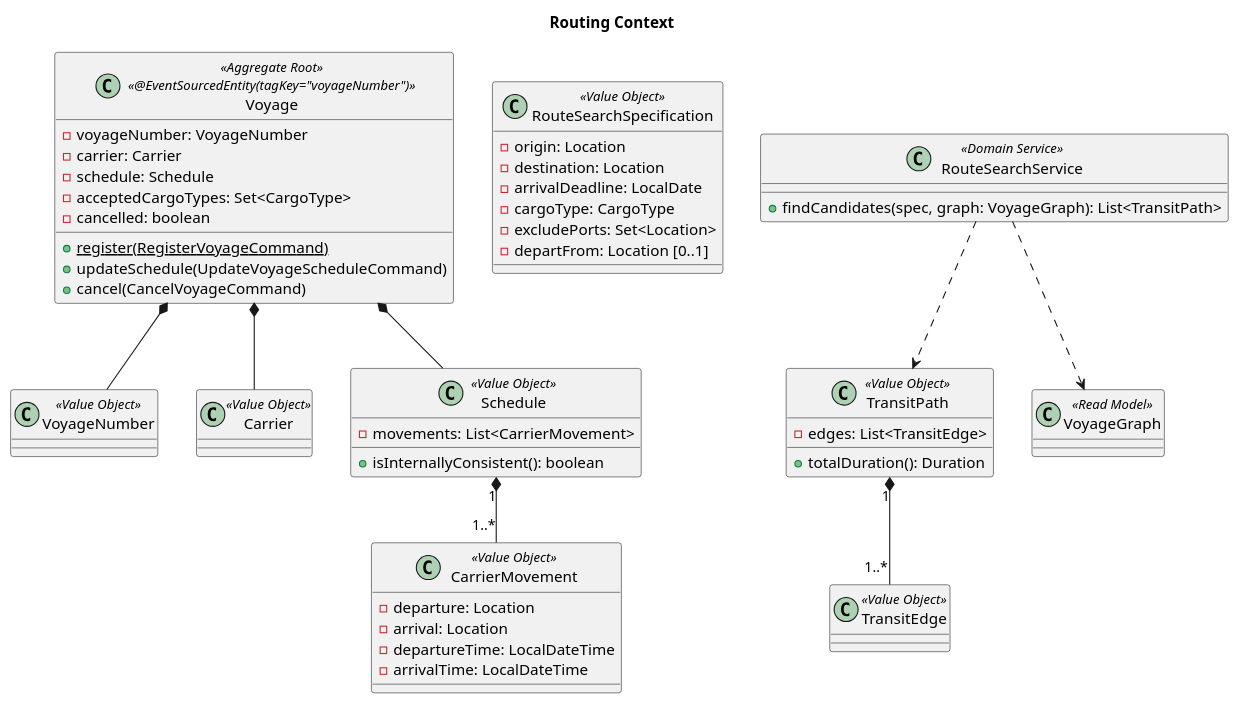
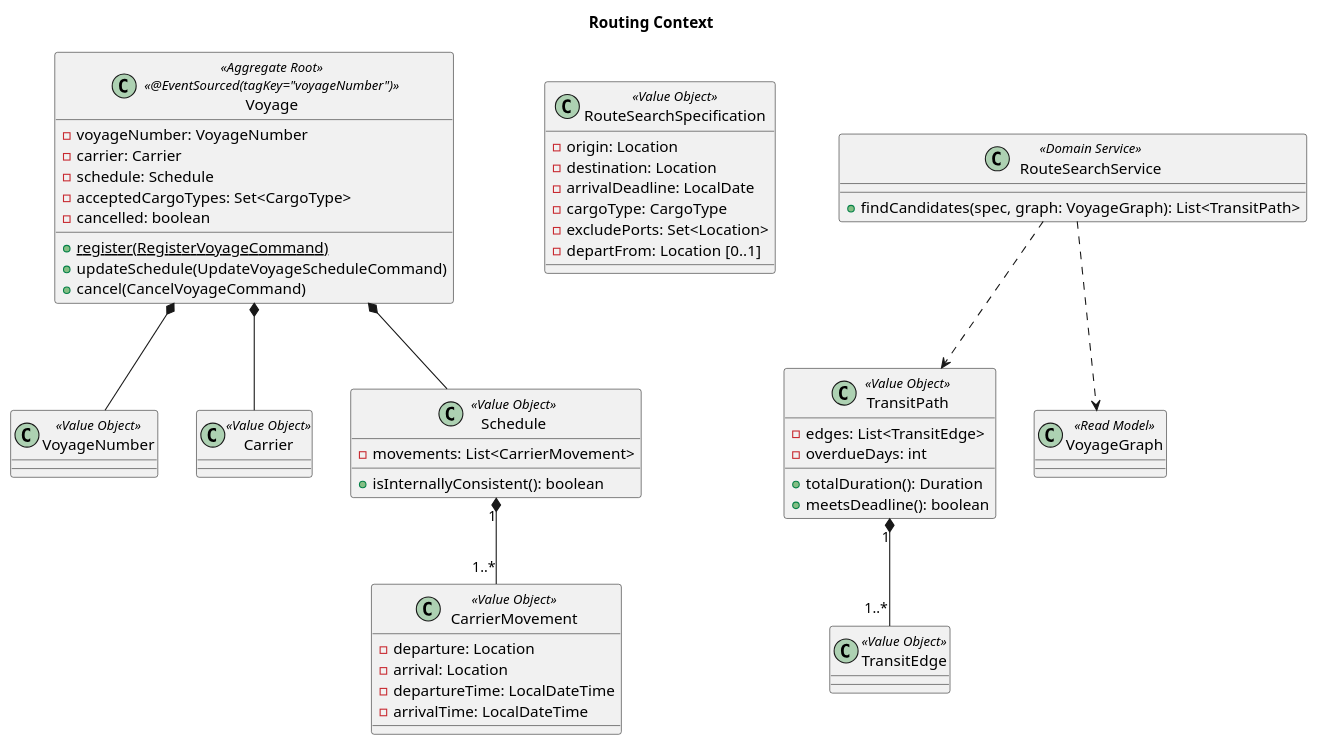
One commit to k2works/case-study-cargo-tracker changed the sixth of 13 diagrams in docs/design/cargo-tracker/domain-model.md. Above: the diagram before and after it, drawn with PlantUML. The commit also changed other lines of this file and 18 other files, not shown here.

````diff
--- a/docs/design/cargo-tracker/domain-model.md
+++ b/docs/design/cargo-tracker/domain-model.md
@@ -577,57 +588,59 @@
 ```plantuml
 @startuml
 title Routing Context
 
-class Voyage <<Aggregate Root>> <<@EventSourcedEntity(tagKey="voyageNumber")>> {
+class Voyage <<Aggregate Root>> <<@EventSourced(tagKey="voyageNumber")>> {
   - voyageNumber: VoyageNumber
   - carrier: Carrier
   - schedule: Schedule
   - acceptedCargoTypes: Set<CargoType>
   - cancelled: boolean
   + {static} register(RegisterVoyageCommand)
   + updateSchedule(UpdateVoyageScheduleCommand)
   + cancel(CancelVoyageCommand)
 }
 class VoyageNumber <<Value Object>>
 class Carrier <<Value Object>>
 class Schedule <<Value Object>> {
   - movements: List<CarrierMovement>
   + isInternallyConsistent(): boolean
 }
 class CarrierMovement <<Value Object>> {
   - departure: Location
   - arrival: Location
   - departureTime: LocalDateTime
   - arrivalTime: LocalDateTime
 }
 
 class RouteSearchSpecification <<Value Object>> {
   - origin: Location
   - destination: Location
   - arrivalDeadline: LocalDate
   - cargoType: CargoType
   - excludePorts: Set<Location>
   - departFrom: Location [0..1]
 }
 class TransitPath <<Value Object>> {
   - edges: List<TransitEdge>
+  - overdueDays: int
   + totalDuration(): Duration
+  + meetsDeadline(): boolean
 }
 class TransitEdge <<Value Object>>
 
 class RouteSearchService <<Domain Service>> {
   + findCandidates(spec, graph: VoyageGraph): List<TransitPath>
 }
 class VoyageGraph <<Read Model>> {
   ' 投影テーブル voyage / carrier_movement から組む
 }
 
 Voyage *-- VoyageNumber
 Voyage *-- Carrier
 Voyage *-- Schedule
 Schedule "1" *-- "1..*" CarrierMovement
 TransitPath "1" *-- "1..*" TransitEdge
 RouteSearchService ..> VoyageGraph
 RouteSearchService ..> TransitPath
 @enduml
 ```
````
